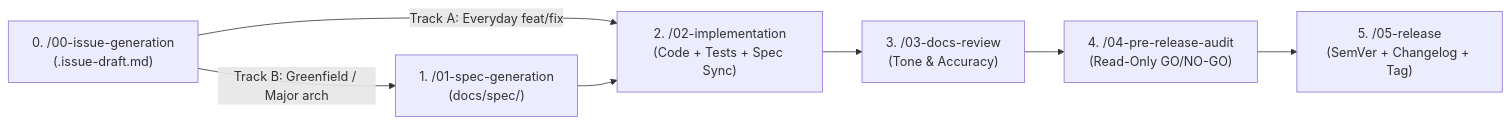
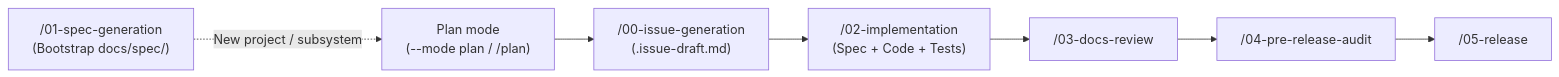
The diagram in README.md (bvarnai/agent-standards), drawn with Mermaid before and after one commit. The commit also changed other lines of this file and 10 other files, not shown here.

````diff
--- a/README.md
+++ b/README.md
@@ -17,14 +11,13 @@
 ```mermaid
 flowchart LR
-    Issue["0. /00-issue-generation<br/>(.issue-draft.md)"]
-    Spec["1. /01-spec-generation<br/>(docs/spec/)"]
-    Code["2. /02-implementation<br/>(Code + Tests + Spec Sync)"]
-    Docs["3. /03-docs-review<br/>(Tone & Accuracy)"]
-    Audit["4. /04-pre-release-audit<br/>(Read-Only GO/NO-GO)"]
-    Release["5. /05-release<br/>(SemVer + Changelog + Tag)"]
+    Spec["/01-spec-generation<br/>(Bootstrap docs/spec/)"]
+    Plan["Plan mode<br/>(--mode plan / /plan)"]
+    Issue["/00-issue-generation<br/>(.issue-draft.md)"]
+    Code["/02-implementation<br/>(Spec + Code + Tests)"]
+    Docs["/03-docs-review"]
+    Audit["/04-pre-release-audit"]
+    Release["/05-release"]
 
-    Issue -->|"Track A: Everyday feat/fix"| Code
-    Issue -->|"Track B: Greenfield / Major arch"| Spec
-    Spec --> Code
-    Code --> Docs --> Audit --> Release
+    Spec -.->|"New project / subsystem"| Plan
+    Plan --> Issue --> Code --> Docs --> Audit --> Release
 ```
````
